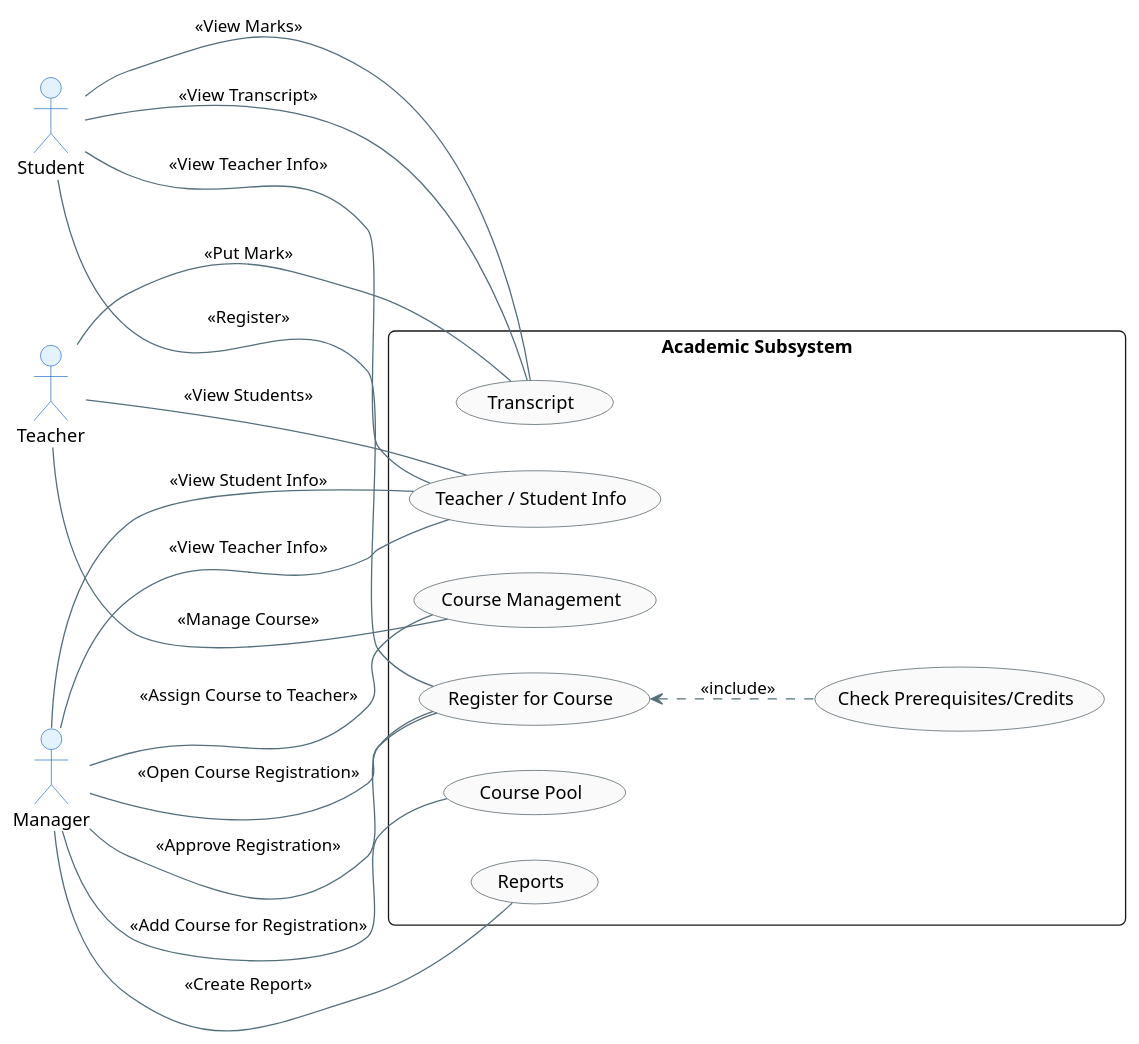
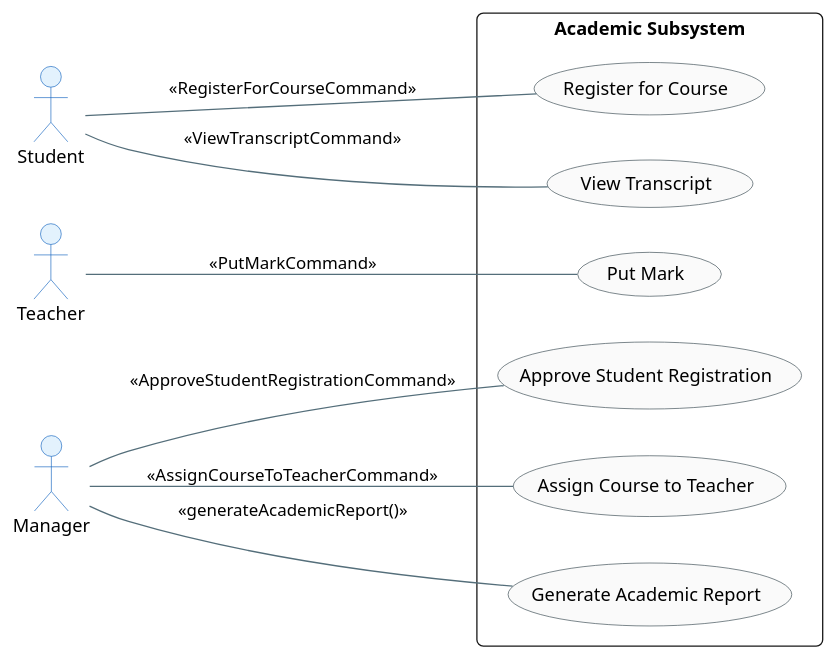
The diagram in PartA/useCaseDiagrams/academicManagement.puml (ofeerist/uni-crm-oop), drawn with PlantUML before and after one commit.

Commit message:
Update academic

```diff
--- a/PartA/useCaseDiagrams/academicManagement.puml
+++ b/PartA/useCaseDiagrams/academicManagement.puml
@@ -1,51 +1,41 @@
 @startuml
 skinparam theme plain
 skinparam packageStyle rectangle
 skinparam roundcorner 10
 skinparam shadowing false
 skinparam defaultFontName "Segoe UI"
 
 skinparam actor {
     BackgroundColor #E3F2FD
     BorderColor #1565C0
 }
 skinparam usecase {
     BackgroundColor #FAFAFA
     BorderColor #37474F
     ArrowColor #546E7A
 }
 
 left to right direction
 
 actor "Student" as S
 actor "Teacher" as T
 actor "Manager" as M
 
 rectangle "Academic Subsystem" {
     usecase "Register for Course" as Register
-    usecase "Check Prerequisites/Credits" as CheckCredits
-    usecase "Transcript" as Transcript
-    usecase "Course Management" as CourseMgmt
-    usecase "Course Pool" as CoursePool
-    usecase "Teacher / Student Info" as Info
-    usecase "Reports" as Reports
+    usecase "Approve Student Registration" as ApproveReg
+    usecase "Put Mark" as PutMark
+    usecase "View Transcript" as ViewTranscript
+    usecase "Assign Course to Teacher" as AssignCourse
+    usecase "Generate Academic Report" as GenerateReport
 
-    M -- Register : <<Open Course Registration>>
-    M -- Register : <<Approve Registration>>
-    M -- CoursePool : <<Add Course for Registration>>
-    M -- CourseMgmt : <<Assign Course to Teacher>>
-    M -- Reports : <<Create Report>>
-    M -- Info : <<View Student Info>>
-    M -- Info : <<View Teacher Info>>
+    M -- ApproveReg : <<ApproveStudentRegistrationCommand>>
+    M -- AssignCourse : <<AssignCourseToTeacherCommand>>
+    M -- GenerateReport : <<generateAcademicReport()>>
 
-    S -- Register : <<Register>>
-    Register <.. CheckCredits : <<include>>
-    S -- Transcript : <<View Transcript>>
-    S -- Transcript : <<View Marks>>
-    S -- Info : <<View Teacher Info>>
+    S -- Register : <<RegisterForCourseCommand>>
+    S -- ViewTranscript : <<ViewTranscriptCommand>>
 
-    T -- Transcript : <<Put Mark>>
-    T -- CourseMgmt : <<Manage Course>>
-    T -- Info : <<View Students>>
+    T -- PutMark : <<PutMarkCommand>>
 }
 @enduml
```
